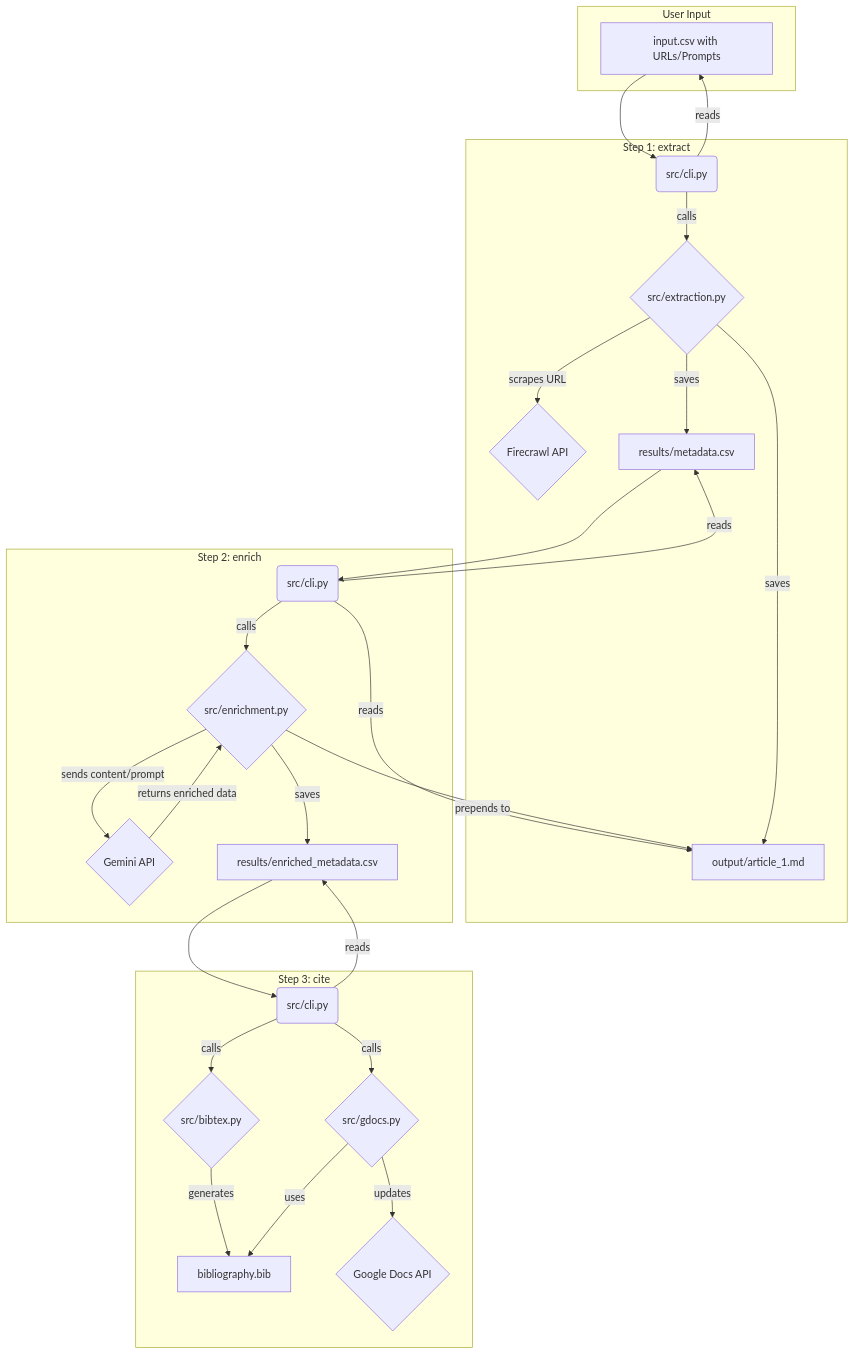
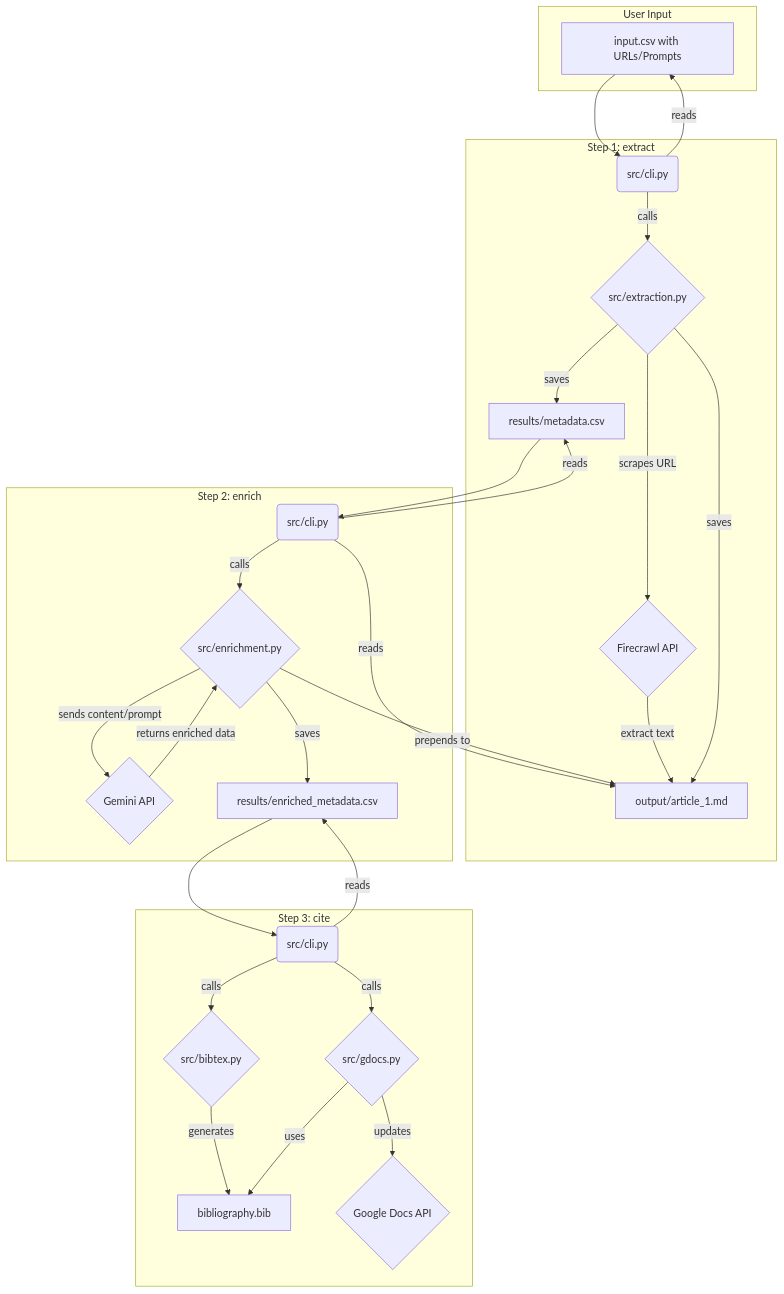
One commit to complexluise/citecrawl changed the diagram in PRD.md. Above: the diagram before and after it, drawn with Mermaid. The commit also changed 1 other file, not shown here.

Commit message:
Gemini y PRD actualización

````diff
--- a/PRD.md
+++ b/PRD.md
@@ -64,37 +64,38 @@
 ```mermaid
 graph TD
     subgraph User Input
         A[input.csv with URLs/Prompts]
     end
 
     subgraph "Step 1: extract"
         B(src/cli.py) -- reads --> A
         B -- calls --> C{src/extraction.py}
         C -- scrapes URL --> D{Firecrawl API}
+        D -- extract text --> E[output/article_1.md]
         C -- saves --> E[output/article_1.md]
         C -- saves --> F[results/metadata.csv]
     end
 
     subgraph "Step 2: enrich"
         G(src/cli.py) -- reads --> F
         G -- reads --> E
         G -- calls --> H{src/enrichment.py}
         H -- sends content/prompt --> I{Gemini API}
         I -- returns enriched data --> H
         H -- prepends to --> E
         H -- saves --> J[results/enriched_metadata.csv]
     end
 
     subgraph "Step 3: cite"
         K(src/cli.py) -- reads --> J
         K -- calls --> L{src/bibtex.py}
         L -- generates --> M[bibliography.bib]
         K -- calls --> N{src/gdocs.py}
         N -- uses --> M
         N -- updates --> O{Google Docs API}
     end
 
     A --> B
     F --> G
     J --> K
 ```
````
